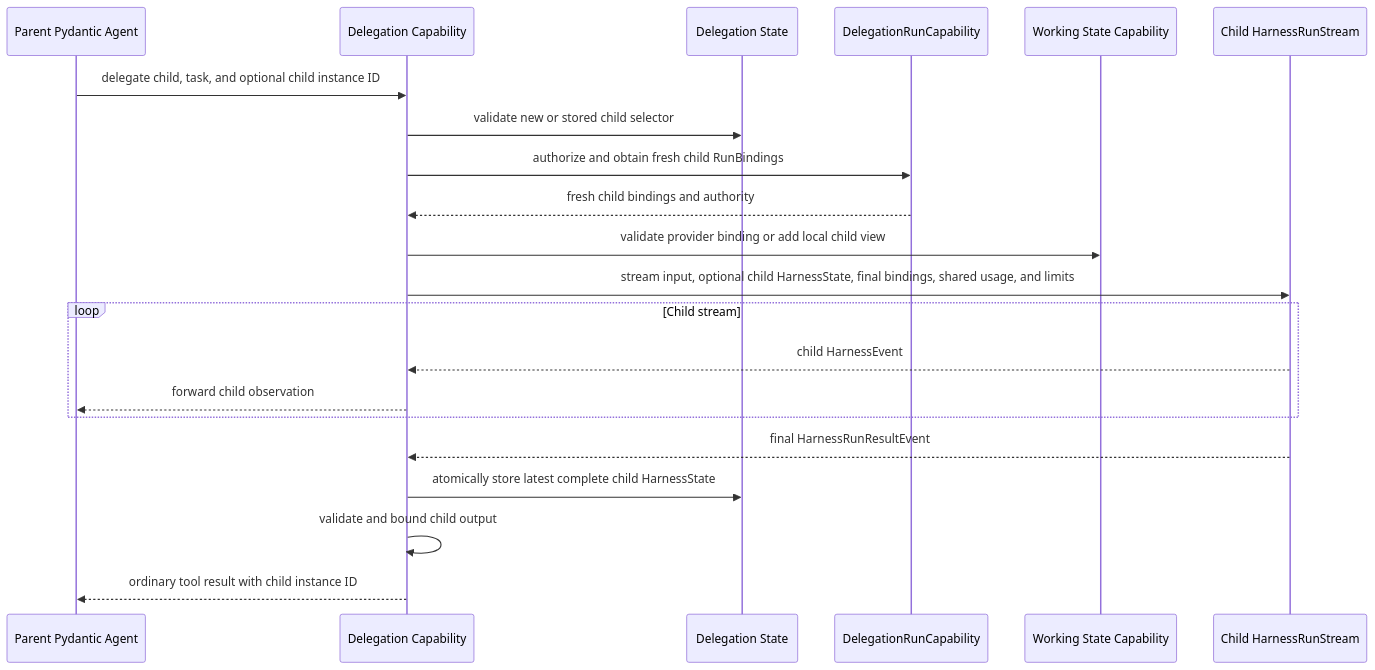
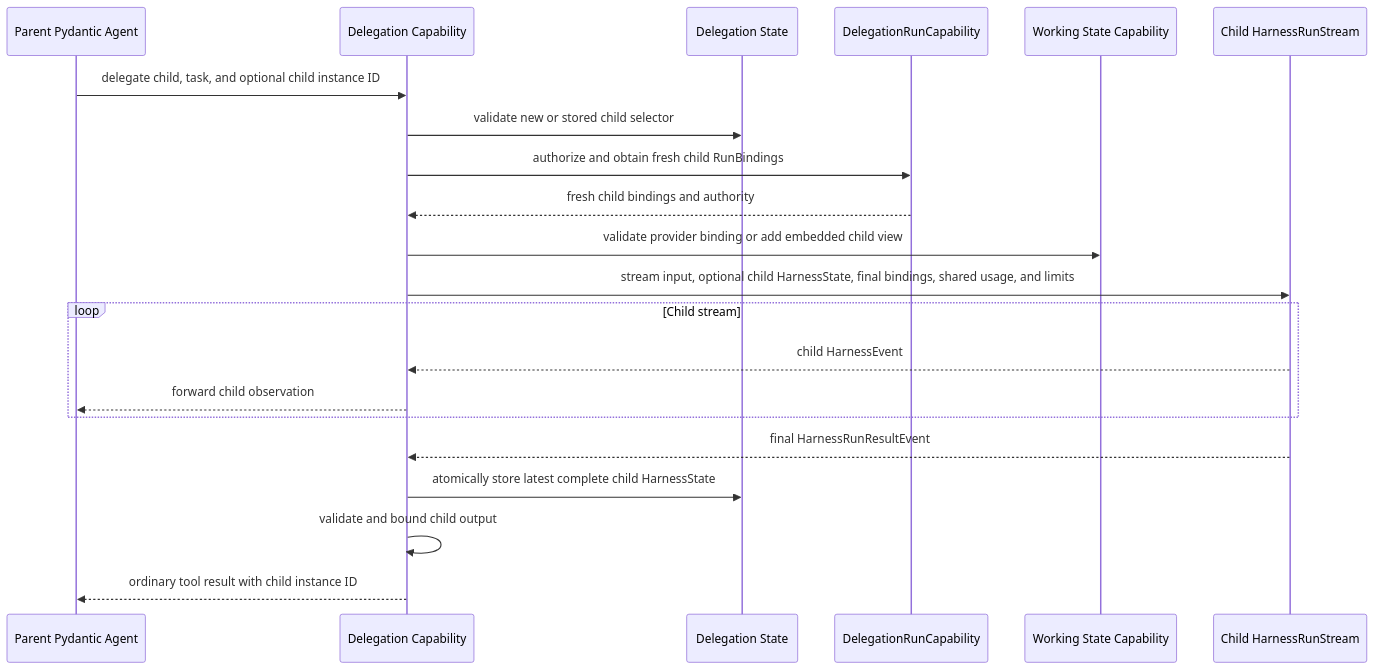
Before and after one commit to LTThreeComma/agent-foundation: the first of 2 diagrams in spec/agent-harness/11-delegation-and-subagents.md, drawn with Mermaid. The commit also changed other lines of this file and 150 other files, not shown here.

````diff
--- a/spec/agent-harness/11-delegation-and-subagents.md
+++ b/spec/agent-harness/11-delegation-and-subagents.md
@@ -173,24 +173,24 @@
 ```mermaid
 sequenceDiagram
     participant Parent as Parent Pydantic Agent
     participant Delegate as Delegation Capability
     participant State as Delegation State
     participant Binder as DelegationRunCapability
     participant Tasks as Working State Capability
     participant Child as Child HarnessRunStream
 
     Parent->>Delegate: delegate child, task, and optional child instance ID
     Delegate->>State: validate new or stored child selector
     Delegate->>Binder: authorize and obtain fresh child RunBindings
     Binder-->>Delegate: fresh child bindings and authority
-    Delegate->>Tasks: validate provider binding or add local child view
+    Delegate->>Tasks: validate provider binding or add embedded child view
     Delegate->>Child: stream input, optional child HarnessState, final bindings, shared usage, and limits
     loop Child stream
         Child-->>Delegate: child HarnessEvent
         Delegate-->>Parent: forward child observation
     end
     Child-->>Delegate: final HarnessRunResultEvent
     Delegate->>State: atomically store latest complete child HarnessState
     Delegate->>Delegate: validate and bound child output
     Delegate-->>Parent: ordinary tool result with child instance ID
 ```
````
